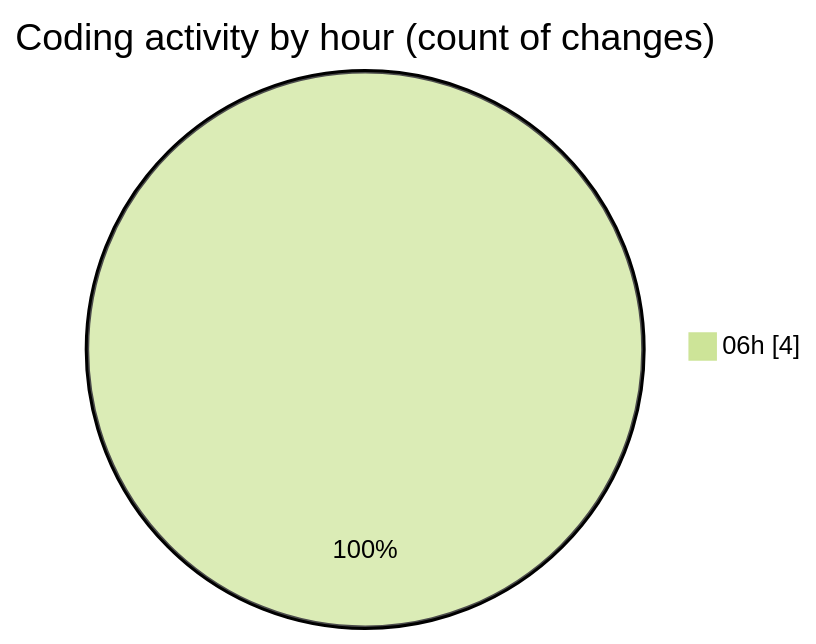
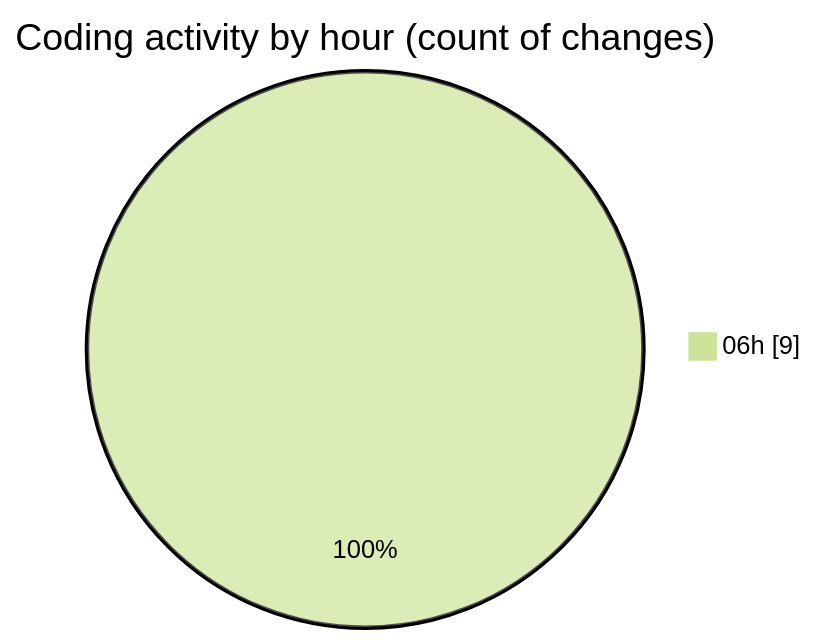
One commit to Elitesun/code-tracking changed the second of 2 diagrams in 2025-05-11/elitesun/README.md. Above: the diagram before and after it, drawn with Mermaid (forest theme). The commit also changed other lines of this file and 1 other file, not shown here.

````diff
--- a/2025-05-11/elitesun/README.md
+++ b/2025-05-11/elitesun/README.md
@@ -32,5 +34,5 @@
 ```mermaid
 pie showData
 title Coding activity by hour (count of changes)
-"06h" : 4
+"06h" : 9
 ```
````
